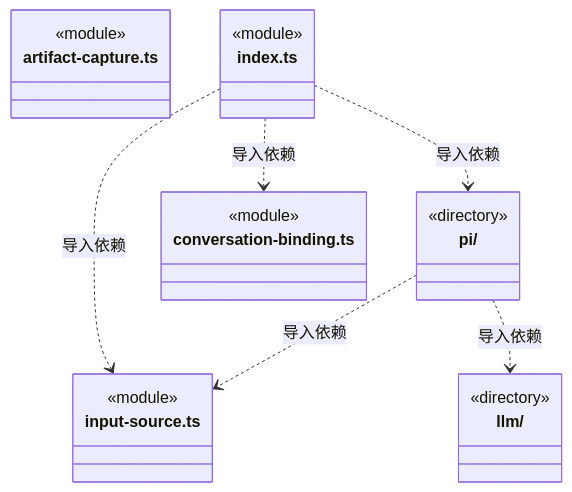
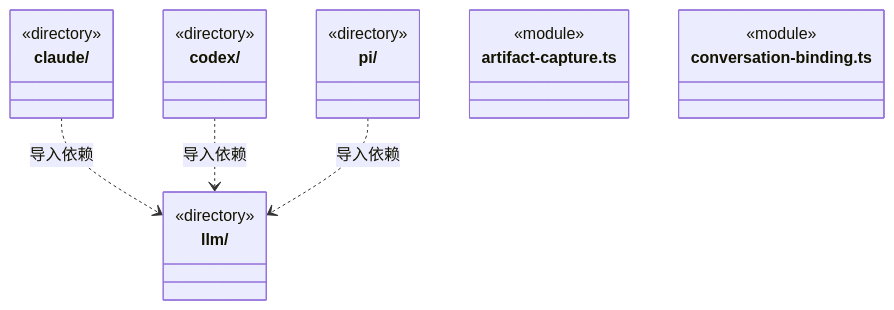
The first of 17 diagrams in src/backend/core/brain/ARCHITECTURE.md (nan023062/cbim), drawn with Mermaid before and after one commit. The commit also changed other lines of this file and 216 other files, not shown here.

First line of the commit message:
feat: add Claude Code and Codex engines with main-agent execution

````diff
--- a/src/backend/core/brain/ARCHITECTURE.md
+++ b/src/backend/core/brain/ARCHITECTURE.md
@@ -33,26 +37,24 @@
 ```mermaid
 classDiagram
+class N_src_backend_core_brain_claude["claude/"] {
+  <<directory>>
+}
+class N_src_backend_core_brain_codex["codex/"] {
+  <<directory>>
+}
 class N_src_backend_core_brain_llm["llm/"] {
   <<directory>>
 }
 class N_src_backend_core_brain_pi["pi/"] {
   <<directory>>
 }
 class N_src_backend_core_brain_artifact_capture_ts["artifact-capture.ts"] {
   <<module>>
 }
 class N_src_backend_core_brain_conversation_binding_ts["conversation-binding.ts"] {
   <<module>>
 }
-class N_src_backend_core_brain_index_ts["index.ts"] {
-  <<module>>
-}
-class N_src_backend_core_brain_input_source_ts["input-source.ts"] {
-  <<module>>
-}
-N_src_backend_core_brain_index_ts ..> N_src_backend_core_brain_input_source_ts : 导入依赖
-N_src_backend_core_brain_index_ts ..> N_src_backend_core_brain_conversation_binding_ts : 导入依赖
-N_src_backend_core_brain_index_ts ..> N_src_backend_core_brain_pi : 导入依赖
-N_src_backend_core_brain_pi ..> N_src_backend_core_brain_input_source_ts : 导入依赖
+N_src_backend_core_brain_claude ..> N_src_backend_core_brain_llm : 导入依赖
+N_src_backend_core_brain_codex ..> N_src_backend_core_brain_llm : 导入依赖
 N_src_backend_core_brain_pi ..> N_src_backend_core_brain_llm : 导入依赖
 ```
````
